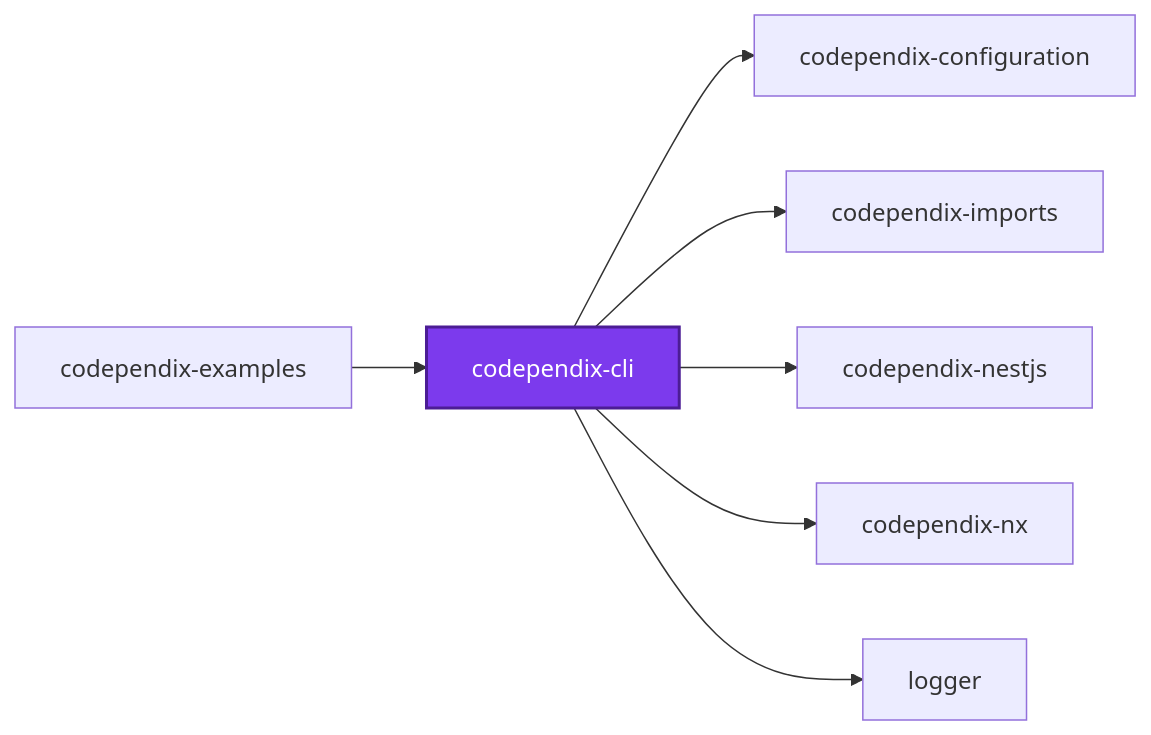
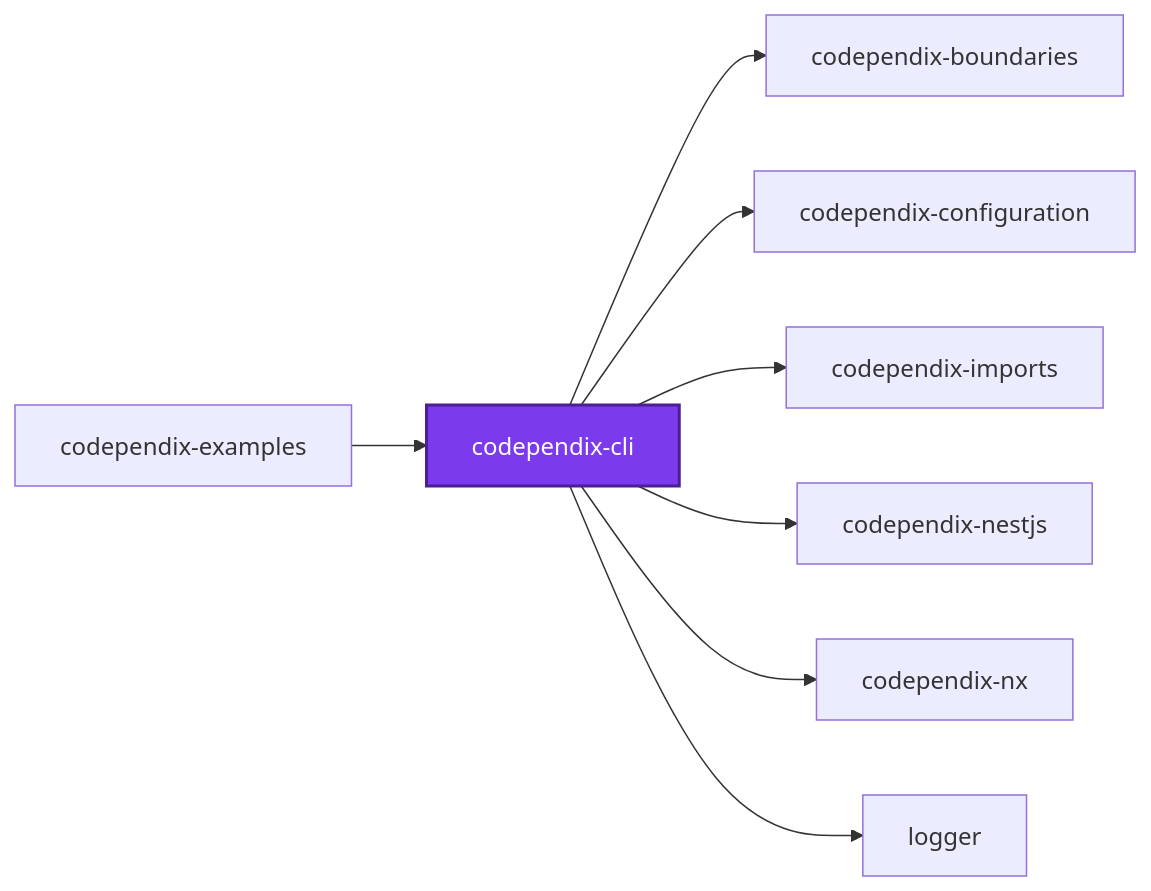
One commit to JimmyPaolini/codebase changed the first of 3 diagrams in packages/codependix-cli/README.md. Above: the diagram before and after it, drawn with Mermaid. The commit also changed other lines of this file and 19 other files, not shown here.

````diff
--- a/packages/codependix-cli/README.md
+++ b/packages/codependix-cli/README.md
@@ -143,18 +143,20 @@
 ```mermaid
 graph LR
+  codependix_boundaries["codependix-boundaries"]
   codependix_cli["codependix-cli"]
   codependix_configuration["codependix-configuration"]
   codependix_examples["codependix-examples"]
   codependix_imports["codependix-imports"]
   codependix_nestjs["codependix-nestjs"]
   codependix_nx["codependix-nx"]
   logger["logger"]
+  codependix_cli --> codependix_boundaries
   codependix_cli --> codependix_configuration
   codependix_cli --> codependix_imports
   codependix_cli --> codependix_nestjs
   codependix_cli --> codependix_nx
   codependix_cli --> logger
   codependix_examples --> codependix_cli
   classDef subject fill:#7c3aed,color:#fff,stroke:#4c1d95,stroke-width:2px
   class codependix_cli subject
 ```
````
